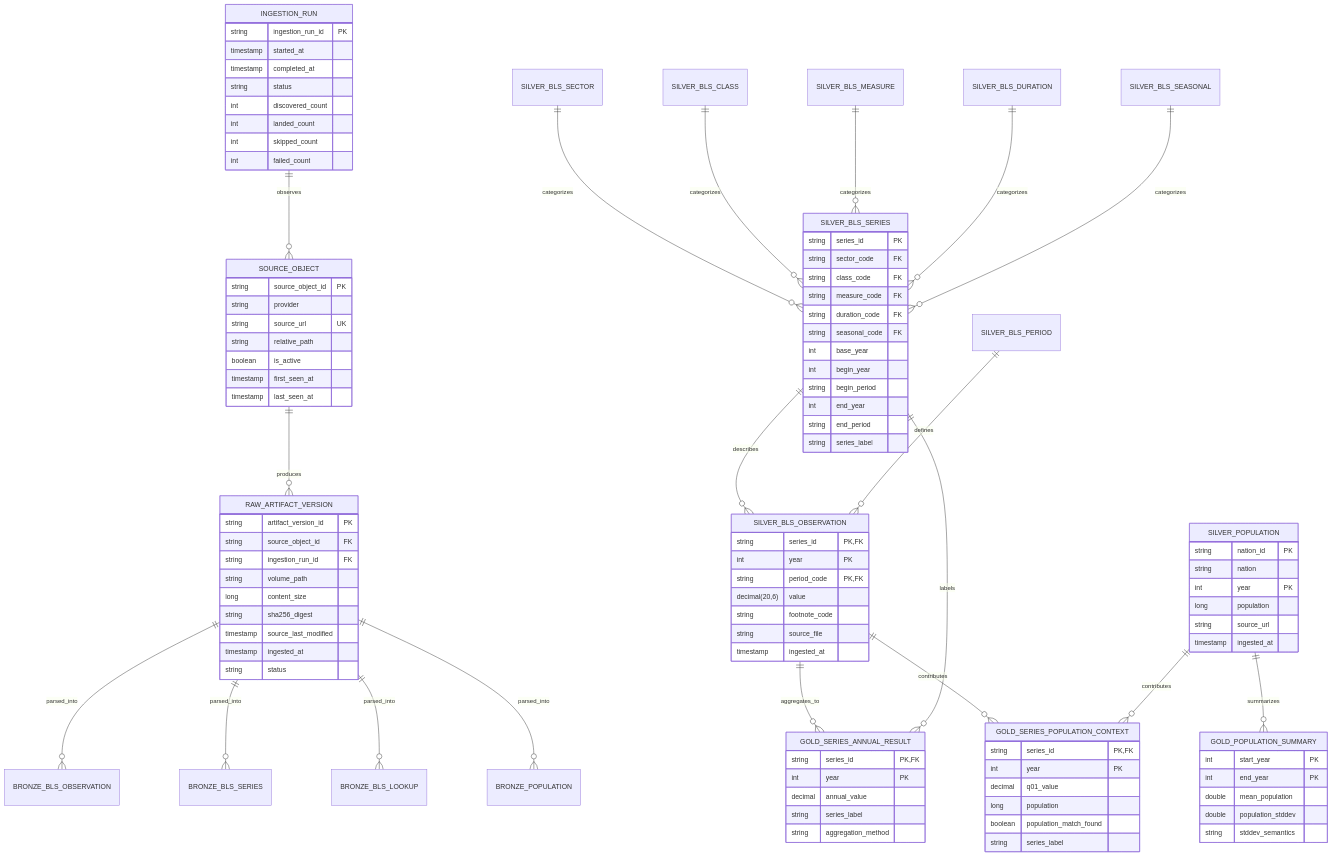
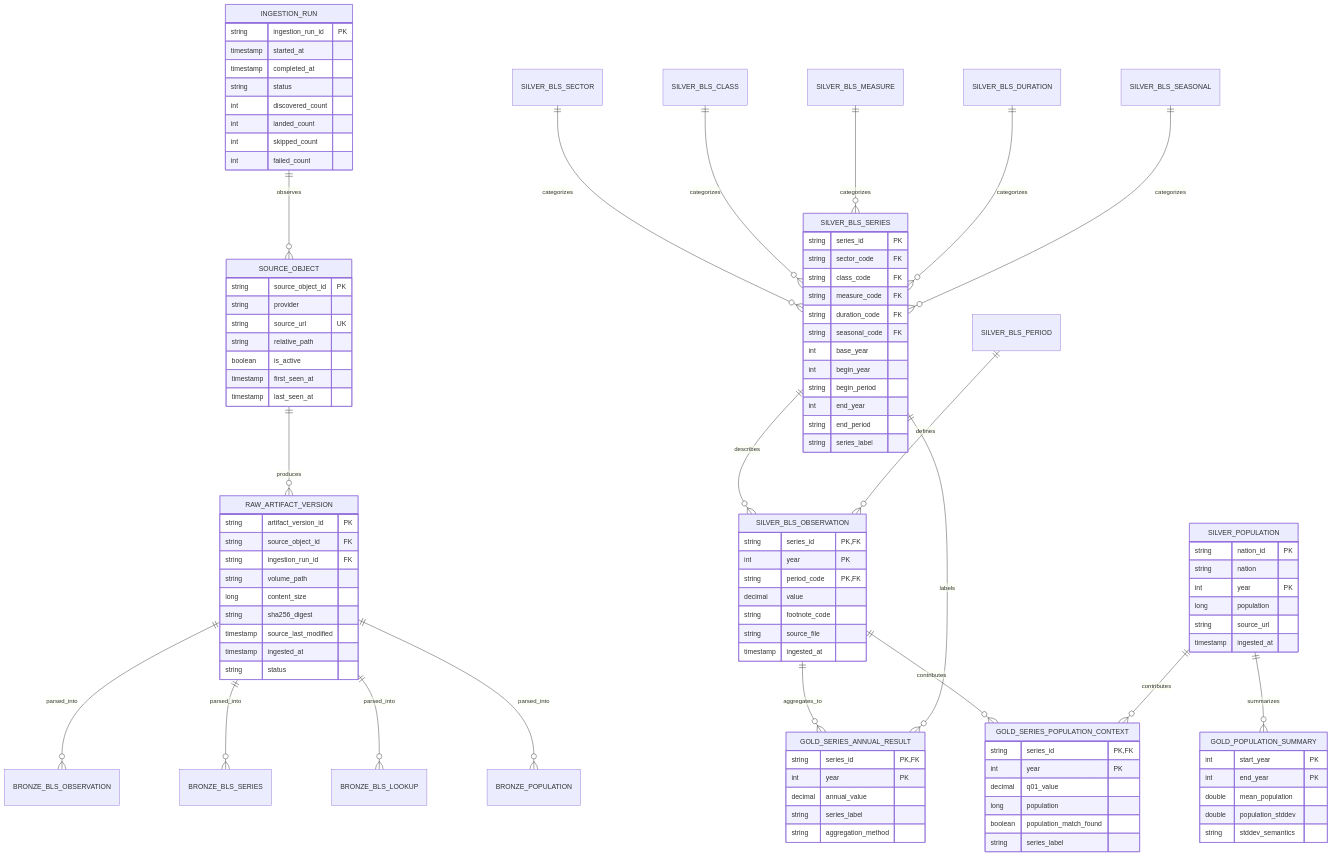
One commit to Hgaines88/data-quest changed the diagram in docs/LOGICAL_DATA_MODEL.md. Above: the diagram before and after it, drawn with Mermaid. The commit also changed other lines of this file and 2 other files, not shown here.

Commit message:
Clarify schema quality boundaries

```diff
--- a/docs/LOGICAL_DATA_MODEL.md
+++ b/docs/LOGICAL_DATA_MODEL.md
@@ -79,7 +79,7 @@
         string series_id PK,FK
         int year PK
         string period_code PK,FK
-        decimal(20,6) value
+        decimal value
         string footnote_code
         string source_file
         timestamp ingested_at
```
